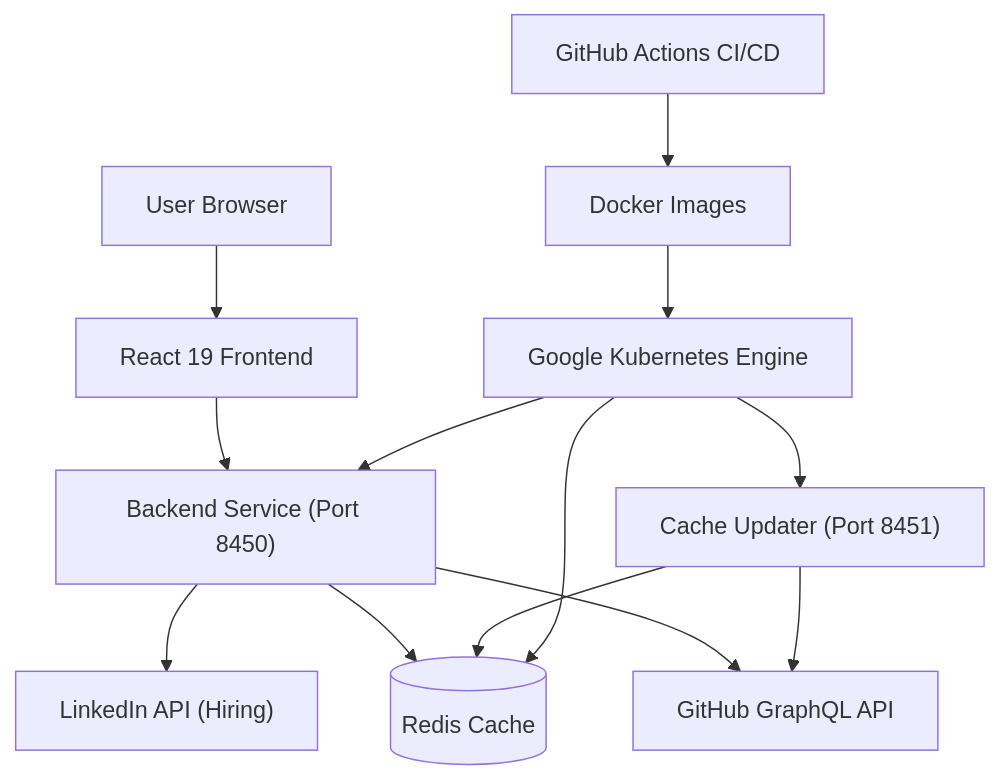
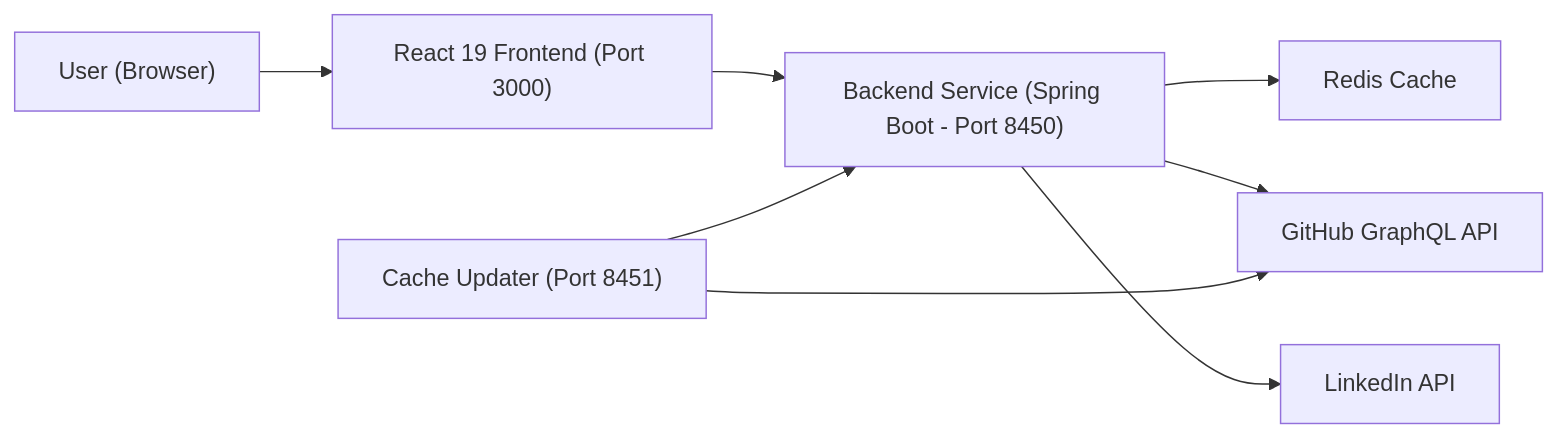
One commit to flamingo-stack/major-league-github changed the first of 3 diagrams in README.md. Above: the diagram before and after it, drawn with Mermaid. The commit also changed other lines of this file and 2 other files, not shown here.

````diff
--- a/README.md
+++ b/README.md
@@ -44,15 +38,10 @@
 ```mermaid
-flowchart TD
-    User["User Browser"] --> Frontend["React 19 Frontend"]
-    Frontend --> Backend["Backend Service (Port 8450)"]
-    Backend --> Redis[("Redis Cache")]
+flowchart LR
+    User["User (Browser)"] --> Frontend["React 19 Frontend (Port 3000)"]
+    Frontend --> Backend["Backend Service (Spring Boot - Port 8450)"]
+    Backend --> Redis["Redis Cache"]
     Backend --> GitHub["GitHub GraphQL API"]
-    Backend --> LinkedIn["LinkedIn API (Hiring)"]
-    CacheUpdater["Cache Updater (Port 8451)"] --> Redis
+    Backend --> LinkedIn["LinkedIn API"]
+    CacheUpdater["Cache Updater (Port 8451)"] --> Backend
     CacheUpdater --> GitHub
-    GitHubActions["GitHub Actions CI/CD"] --> Docker["Docker Images"]
-    Docker --> GKE["Google Kubernetes Engine"]
-    GKE --> Backend
-    GKE --> CacheUpdater
-    GKE --> Redis
 ```
````
